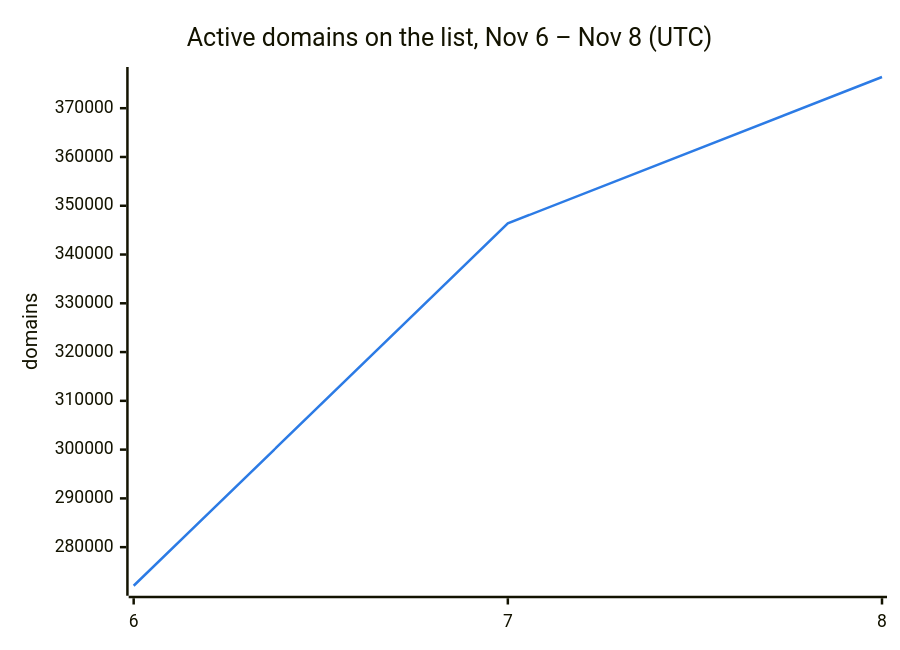
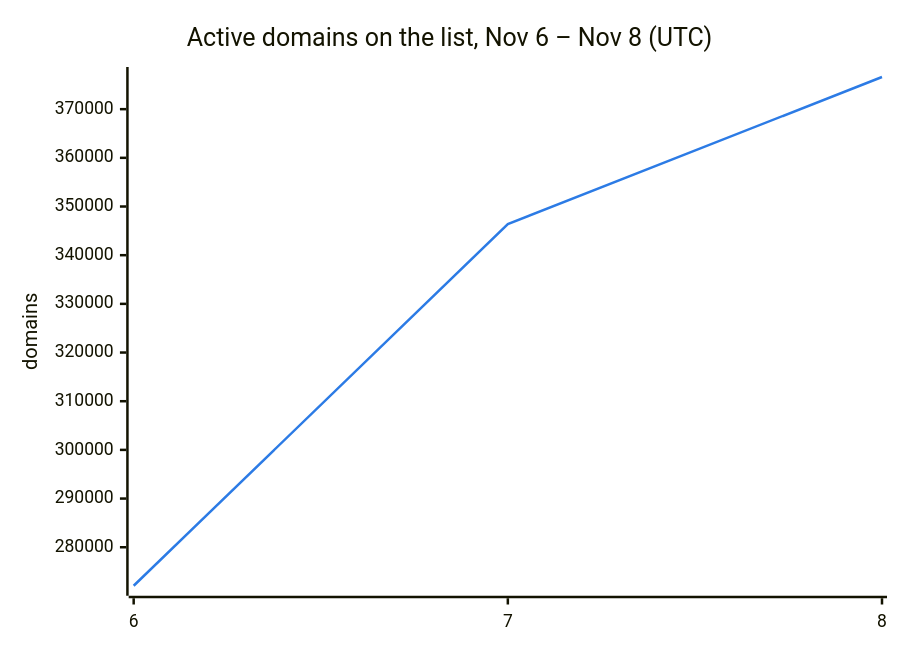
Before and after one commit to DNSBunker/CTI: the second of 3 diagrams in README.md, drawn with Mermaid. The commit also changed other lines of this file and 3 other files, not shown here.

````diff
--- a/README.md
+++ b/README.md
@@ -38,8 +38,8 @@
 ```mermaid
 %%{init: {"themeVariables": {"xyChart": {"plotColorPalette": "#2c7be5"}}}}%%
 xychart-beta
     title "Active domains on the list, Nov 6 – Nov 8 (UTC)"
     x-axis ["6", "7", "8"]
     y-axis "domains"
-    line [272088, 346388, 376399]
+    line [272088, 346388, 376607]
 ```
````
